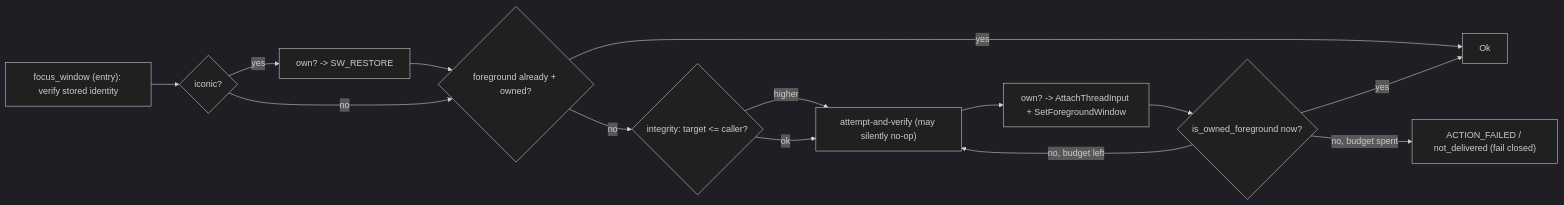
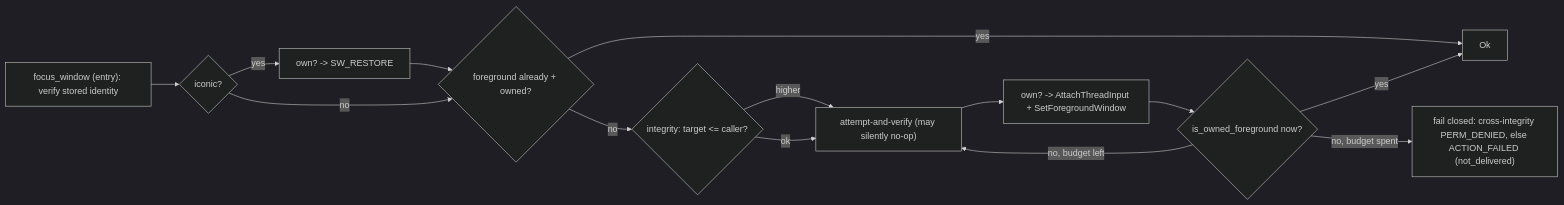
The second of 2 diagrams in docs/plans/2026-08-08-001-feat-windows-system-lifecycle-plan.md (lahfir/agent-desktop), drawn with Mermaid (dark theme) before and after one commit. The commit also changed other lines of this file and 1 other file, not shown here.

````diff
--- a/docs/plans/2026-08-08-001-feat-windows-system-lifecycle-plan.md
+++ b/docs/plans/2026-08-08-001-feat-windows-system-lifecycle-plan.md
@@ -127,15 +127,15 @@
 ```mermaid
 flowchart LR
     E["focus_window (entry): verify stored identity"] --> I{iconic?}
     I -->|yes| R["own? -> SW_RESTORE"] --> F
     I -->|no| F{foreground already + owned?}
     F -->|yes| OK[Ok]
     F -->|no| INT{"integrity: target <= caller?"}
     INT -->|higher| B["attempt-and-verify (may silently no-op)"]
     INT -->|ok| B
     B --> A["own? -> AttachThreadInput + SetForegroundWindow"]
     A --> V{"is_owned_foreground now?"}
     V -->|yes| OK
     V -->|no, budget left| B
-    V -->|no, budget spent| FC["ACTION_FAILED / not_delivered (fail closed)"]
+    V -->|no, budget spent| FC["fail closed: cross-integrity PERM_DENIED, else ACTION_FAILED (not_delivered)"]
 ```
````
